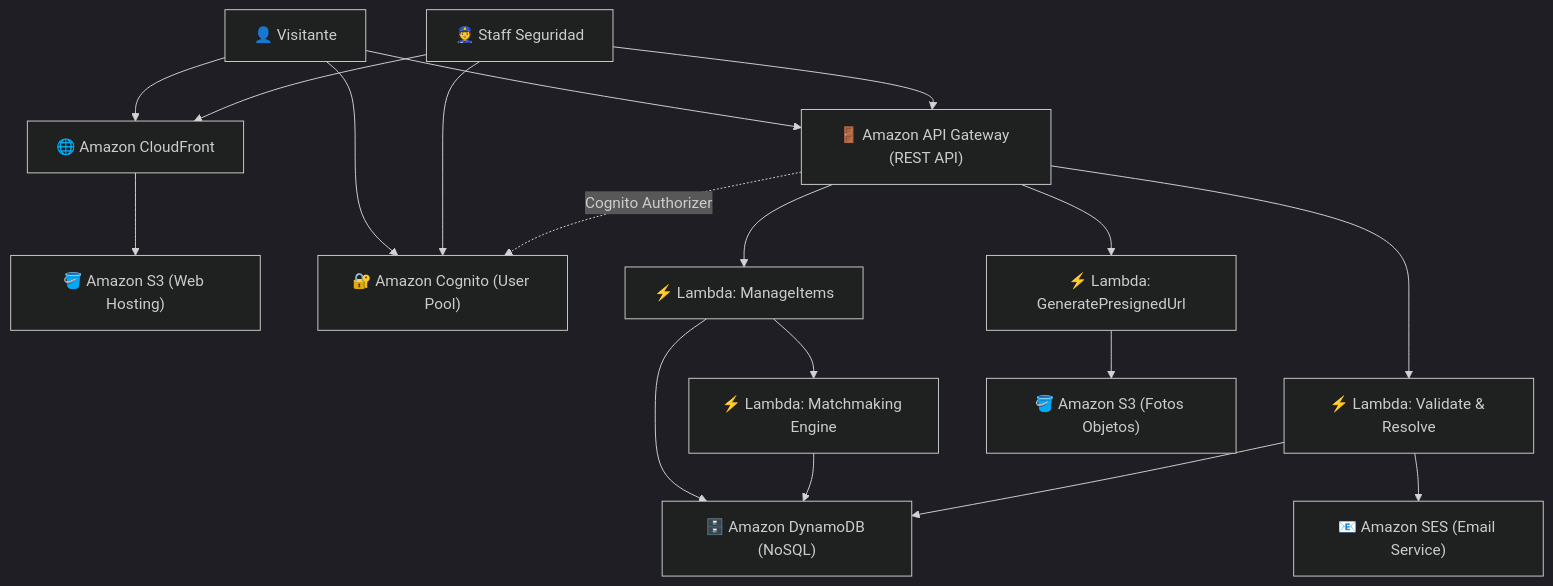
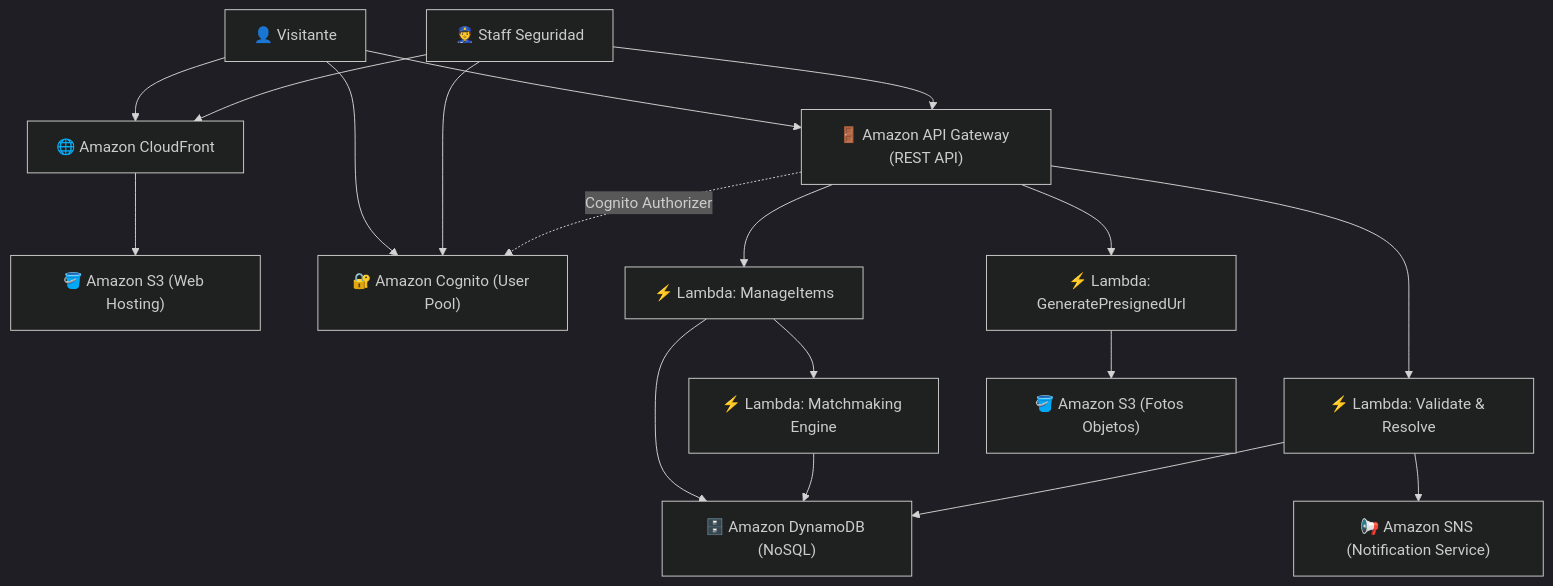
Before and after one commit to Stevphens1/hack-lost-and-found: the diagram in DOCUMENTACION_PROYECTO_AWS.md, drawn with Mermaid (dark theme). The commit also changed other lines of this file and 2 other files, not shown here.

Commit message:
docs/refactor: update email notifications service references to Amazon SNS

````diff
--- a/DOCUMENTACION_PROYECTO_AWS.md
+++ b/DOCUMENTACION_PROYECTO_AWS.md
@@ -24,30 +24,30 @@
 ```mermaid
 flowchart TD
     User["👤 Visitante"]
     Staff["👮 Staff Seguridad"]
     
     CF["🌐 Amazon CloudFront"]
     S3_Web["🪣 Amazon S3 (Web Hosting)"]
     Cognito["🔐 Amazon Cognito (User Pool)"]
     APIGW["🚪 Amazon API Gateway (REST API)"]
     
     L_Url["⚡ Lambda: GeneratePresignedUrl"]
     L_Items["⚡ Lambda: ManageItems"]
     L_Match["⚡ Lambda: Matchmaking Engine"]
     L_Valid["⚡ Lambda: Validate & Resolve"]
     
     S3_Media["🪣 Amazon S3 (Fotos Objetos)"]
     DDB["🗄️ Amazon DynamoDB (NoSQL)"]
-    SES["📧 Amazon SES (Email Service)"]
+    SNS["📢 Amazon SNS (Notification Service)"]
 
     User & Staff --> CF --> S3_Web
     User & Staff --> Cognito
     User & Staff --> APIGW
     APIGW -.->|Cognito Authorizer| Cognito
     
     APIGW --> L_Url --> S3_Media
     APIGW --> L_Items --> DDB
     L_Items --> L_Match --> DDB
     APIGW --> L_Valid --> DDB
-    L_Valid --> SES
+    L_Valid --> SNS
 ```
````
